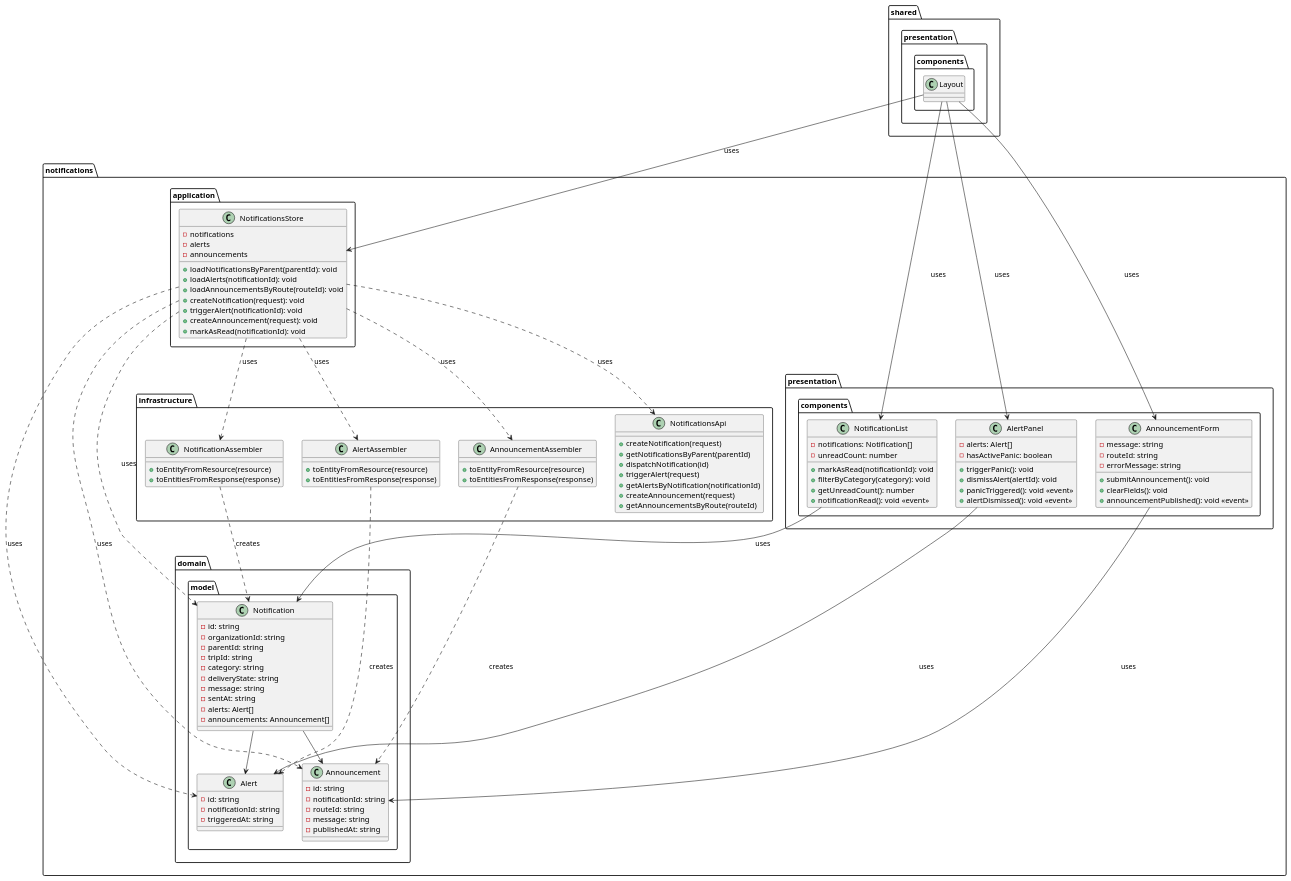
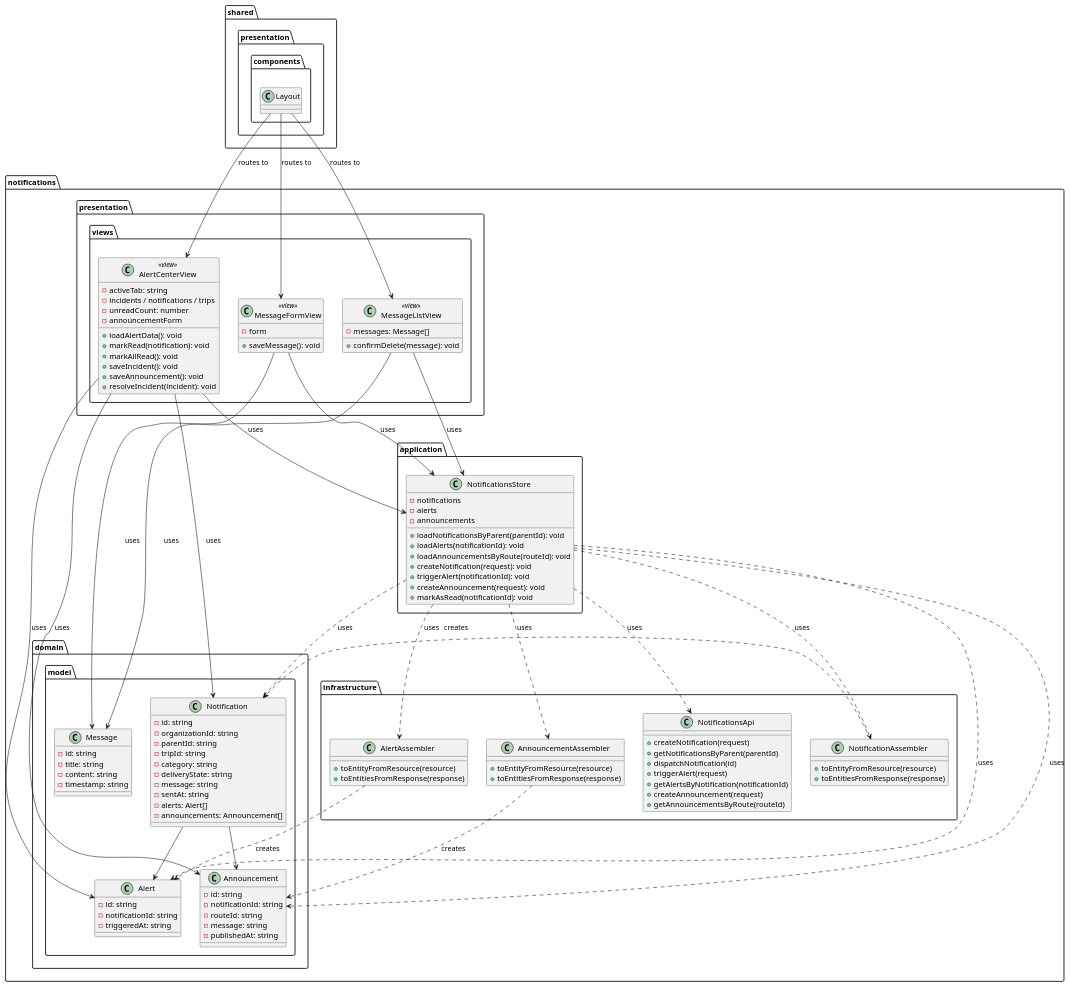
One commit to upc-pre-202610-1asi0730-12053-powertech/saferoute-webapp changed the diagram in saferoute/docs/vue-saferoute-notifications.puml. Above: the diagram before and after it, drawn with PlantUML. The commit also changed 5 other files, not shown here.

Commit message:
docs: update diagrams

```diff
--- a/saferoute/docs/vue-saferoute-notifications.puml
+++ b/saferoute/docs/vue-saferoute-notifications.puml
@@ -1,123 +1,129 @@
 @startuml
 skinparam monochrome false
 
 package "notifications.domain.model" {
   class Notification {
     - id: string
     - organizationId: string
     - parentId: string
     - tripId: string
     - category: string
     - deliveryState: string
     - message: string
     - sentAt: string
     - alerts: Alert[]
     - announcements: Announcement[]
   }
   class Alert {
     - id: string
     - notificationId: string
     - triggeredAt: string
   }
   class Announcement {
     - id: string
     - notificationId: string
     - routeId: string
     - message: string
     - publishedAt: string
+  }
+  class Message {
+    - id: string
+    - title: string
+    - content: string
+    - timestamp: string
   }
 }
 
 package "notifications.application" {
   class NotificationsStore {
     - notifications
     - alerts
     - announcements
     + loadNotificationsByParent(parentId): void
     + loadAlerts(notificationId): void
     + loadAnnouncementsByRoute(routeId): void
     + createNotification(request): void
     + triggerAlert(notificationId): void
     + createAnnouncement(request): void
     + markAsRead(notificationId): void
   }
 }
 
 package "notifications.infrastructure" {
   class NotificationsApi {
     + createNotification(request)
     + getNotificationsByParent(parentId)
     + dispatchNotification(id)
     + triggerAlert(request)
     + getAlertsByNotification(notificationId)
     + createAnnouncement(request)
     + getAnnouncementsByRoute(routeId)
   }
   class NotificationAssembler {
     + toEntityFromResource(resource)
     + toEntitiesFromResponse(response)
   }
   class AlertAssembler {
     + toEntityFromResource(resource)
     + toEntitiesFromResponse(response)
   }
   class AnnouncementAssembler {
     + toEntityFromResource(resource)
     + toEntitiesFromResponse(response)
   }
 }
 
-package "notifications.presentation.components" {
-  class NotificationList {
-    - notifications: Notification[]
+package "notifications.presentation.views" {
+  class AlertCenterView <<view>> {
+    - activeTab: string
+    - incidents / notifications / trips
     - unreadCount: number
-    + markAsRead(notificationId): void
-    + filterByCategory(category): void
-    + getUnreadCount(): number
-    + notificationRead(): void <<event>>
+    - announcementForm
+    + loadAlertData(): void
+    + markRead(notification): void
+    + markAllRead(): void
+    + saveIncident(): void
+    + saveAnnouncement(): void
+    + resolveIncident(incident): void
   }
-  class AlertPanel {
-    - alerts: Alert[]
-    - hasActivePanic: boolean
-    + triggerPanic(): void
-    + dismissAlert(alertId): void
-    + panicTriggered(): void <<event>>
-    + alertDismissed(): void <<event>>
+  class MessageListView <<view>> {
+    - messages: Message[]
+    + confirmDelete(message): void
   }
-  class AnnouncementForm {
-    - message: string
-    - routeId: string
-    - errorMessage: string
-    + submitAnnouncement(): void
-    + clearFields(): void
-    + announcementPublished(): void <<event>>
+  class MessageFormView <<view>> {
+    - form
+    + saveMessage(): void
   }
 }
 
 ' ─── Referencias a otros paquetes ────────────────────────────────────────────
 package "shared.presentation.components" {
   class Layout {
   }
 }
 
 Notification --> Alert
 Notification --> Announcement
 NotificationsStore ..> "notifications.domain.model.Notification" : uses
 NotificationsStore ..> "notifications.domain.model.Alert" : uses
 NotificationsStore ..> "notifications.domain.model.Announcement" : uses
 NotificationsStore ..> "notifications.infrastructure.NotificationsApi" : uses
 NotificationsStore ..> "notifications.infrastructure.NotificationAssembler" : uses
 NotificationsStore ..> "notifications.infrastructure.AlertAssembler" : uses
 NotificationsStore ..> "notifications.infrastructure.AnnouncementAssembler" : uses
 NotificationAssembler ..> "notifications.domain.model.Notification" : creates
 AlertAssembler ..> "notifications.domain.model.Alert" : creates
 AnnouncementAssembler ..> "notifications.domain.model.Announcement" : creates
-NotificationList --> "notifications.domain.model.Notification" : uses
-AlertPanel --> "notifications.domain.model.Alert" : uses
-AnnouncementForm --> "notifications.domain.model.Announcement" : uses
-Layout --> NotificationList : uses
-Layout --> AlertPanel : uses
-Layout --> AnnouncementForm : uses
-Layout --> NotificationsStore : uses
+AlertCenterView --> "notifications.domain.model.Notification" : uses
+AlertCenterView --> "notifications.domain.model.Alert" : uses
+AlertCenterView --> "notifications.domain.model.Announcement" : uses
+Layout --> AlertCenterView : routes to
+Layout --> MessageListView : routes to
+Layout --> MessageFormView : routes to
+AlertCenterView --> NotificationsStore : uses
+MessageListView --> "notifications.domain.model.Message" : uses
+MessageFormView --> "notifications.domain.model.Message" : uses
+MessageListView --> NotificationsStore : uses
+MessageFormView --> NotificationsStore : uses
 
 @enduml
```
